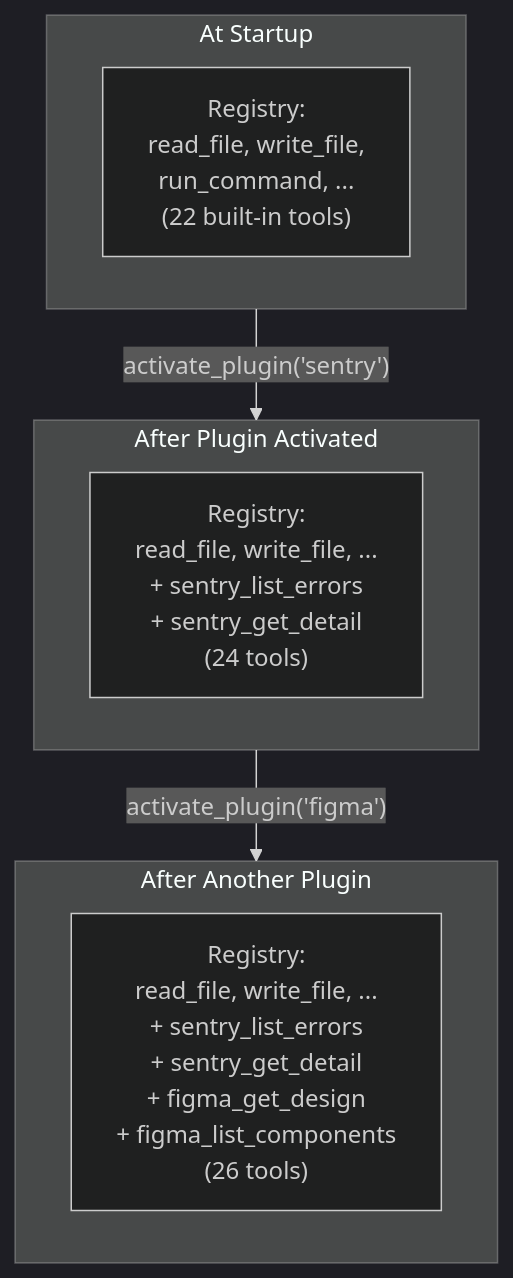
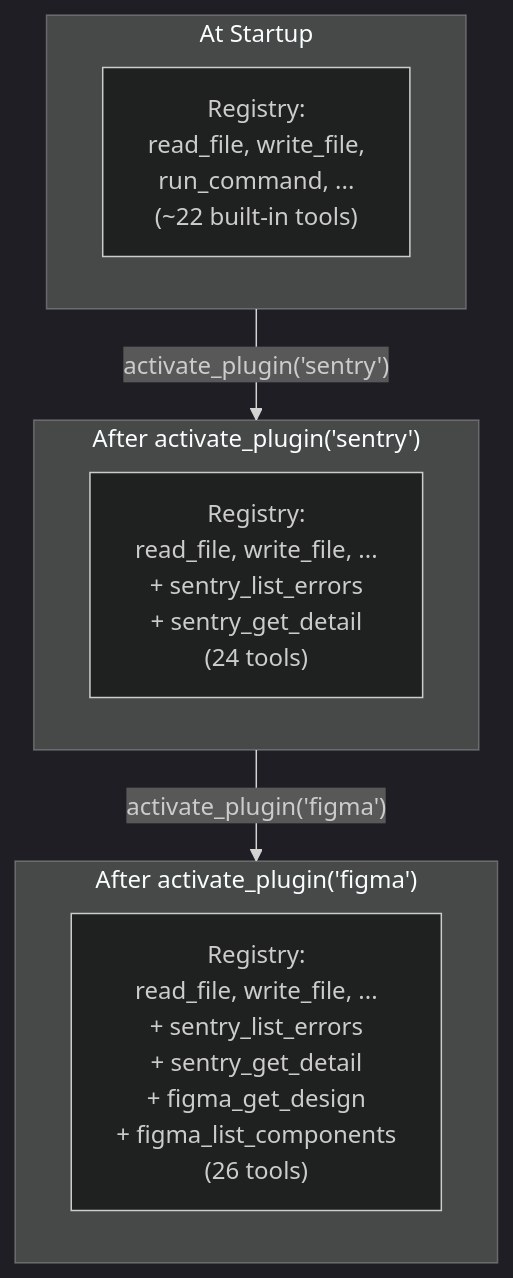
One commit to 2kages/agent-learning changed the eighth of 11 diagrams in progressive-discovery.md. Above: the diagram before and after it, drawn with Mermaid (dark theme). The commit also changed other lines of this file and 2 other files, not shown here.

````diff
--- a/progressive-discovery.md
+++ b/progressive-discovery.md
@@ -193,18 +329,17 @@
 ```mermaid
 flowchart TD
     subgraph TIME1 ["At Startup"]
-        R1["Registry:<br/>read_file, write_file,<br/>run_command, ...<br/>(22 built-in tools)"]
+        R1["Registry:<br/>read_file, write_file,<br/>run_command, ...<br/>(~22 built-in tools)"]
     end
 
-    subgraph TIME2 ["After Plugin Activated"]
+    subgraph TIME2 ["After activate_plugin('sentry')"]
         R2["Registry:<br/>read_file, write_file, ...<br/>+ sentry_list_errors<br/>+ sentry_get_detail<br/>(24 tools)"]
     end
 
-    subgraph TIME3 ["After Another Plugin"]
+    subgraph TIME3 ["After activate_plugin('figma')"]
         R3["Registry:<br/>read_file, write_file, ...<br/>+ sentry_list_errors<br/>+ sentry_get_detail<br/>+ figma_get_design<br/>+ figma_list_components<br/>(26 tools)"]
     end
 
     TIME1 -->|"activate_plugin('sentry')"| TIME2
     TIME2 -->|"activate_plugin('figma')"| TIME3
-
 ```
````
